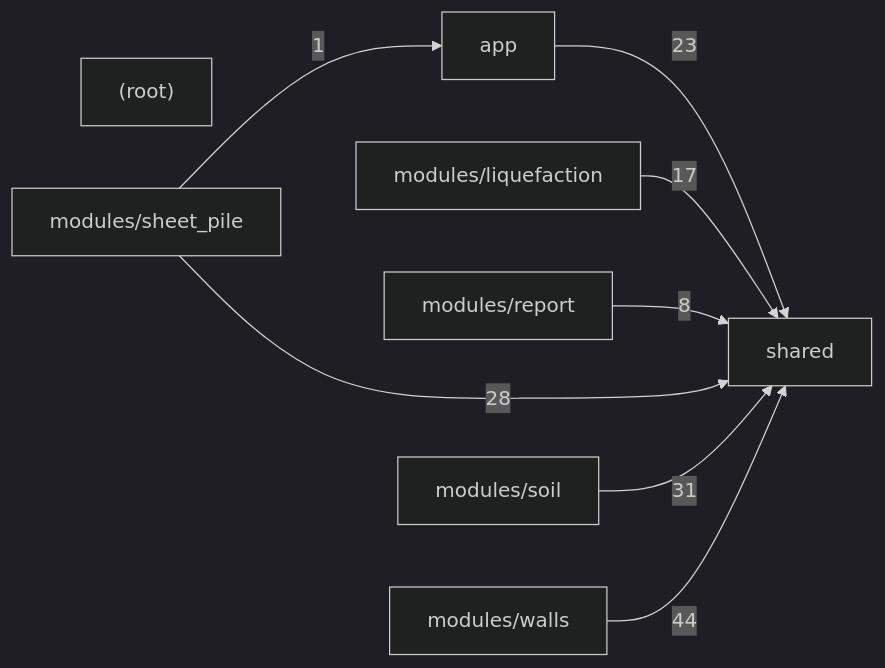
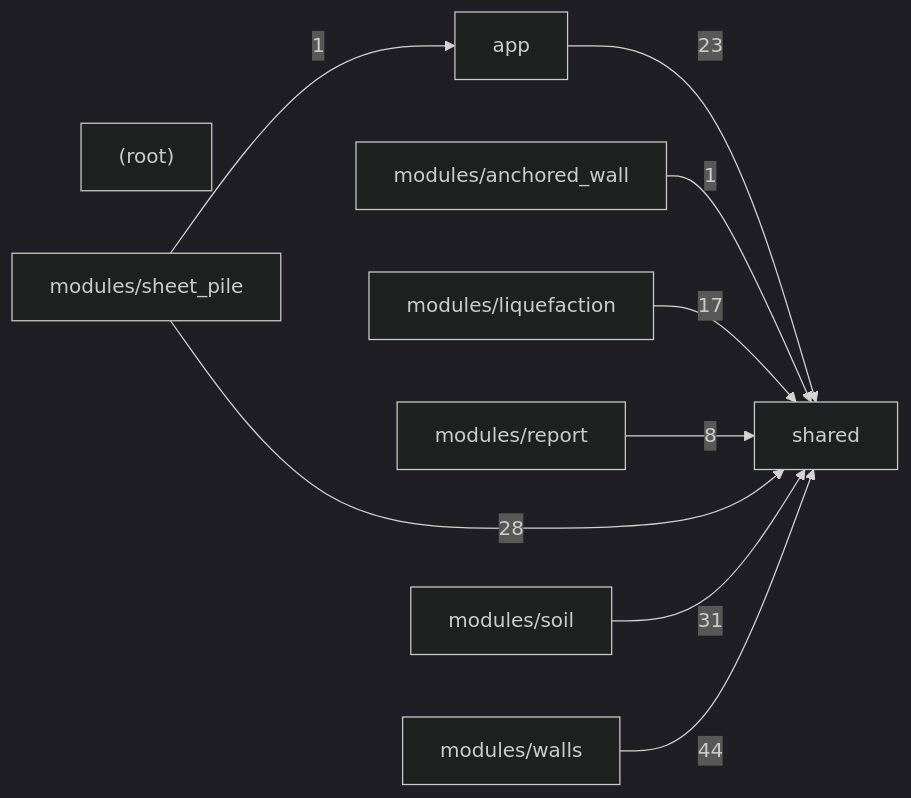
The second of 2 diagrams in docs/CODE_MAP.md (umutsertkaya/Foundation_Engineering_Program), drawn with Mermaid (dark theme) before and after one commit. The commit also changed other lines of this file and 22 other files, not shown here.

````diff
--- a/docs/CODE_MAP.md
+++ b/docs/CODE_MAP.md
@@ -534,18 +577,20 @@
 ```mermaid
 graph LR
   _root_["(root)"]
   app["app"]
+  modules_anchored_wall["modules/anchored_wall"]
   modules_liquefaction["modules/liquefaction"]
   modules_report["modules/report"]
   modules_sheet_pile["modules/sheet_pile"]
   modules_soil["modules/soil"]
   modules_walls["modules/walls"]
   shared["shared"]
   app -->|23| shared
+  modules_anchored_wall -->|1| shared
   modules_liquefaction -->|17| shared
   modules_report -->|8| shared
   modules_sheet_pile -->|1| app
   modules_sheet_pile -->|28| shared
   modules_soil -->|31| shared
   modules_walls -->|44| shared
 ```
````
